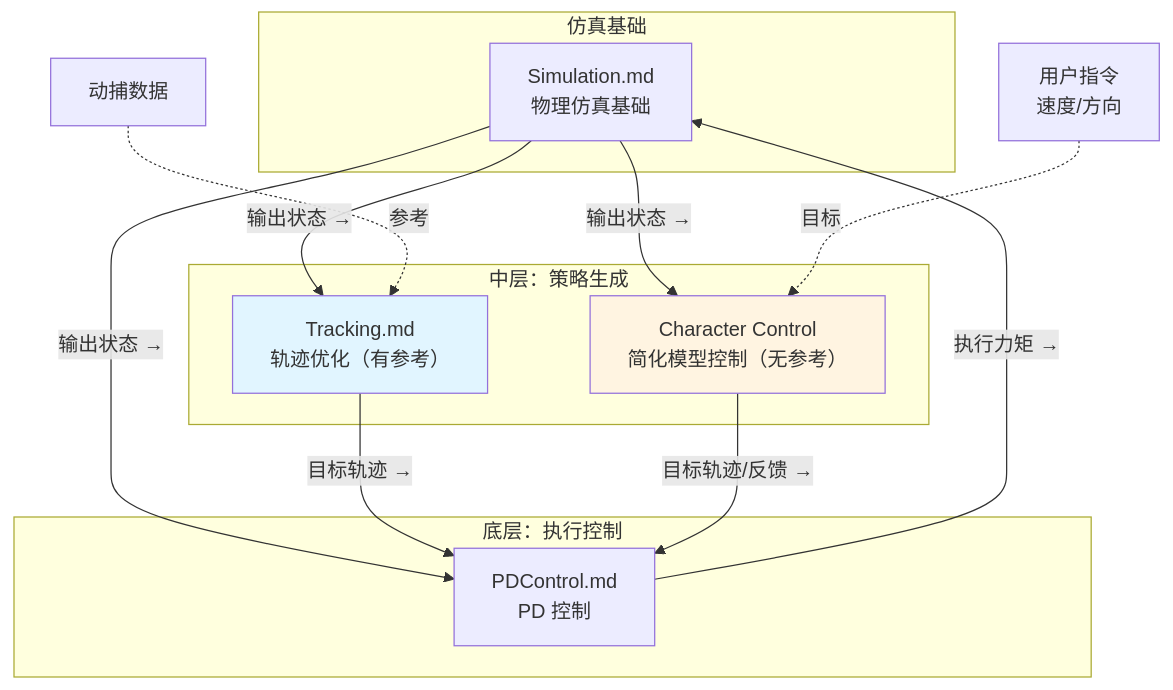
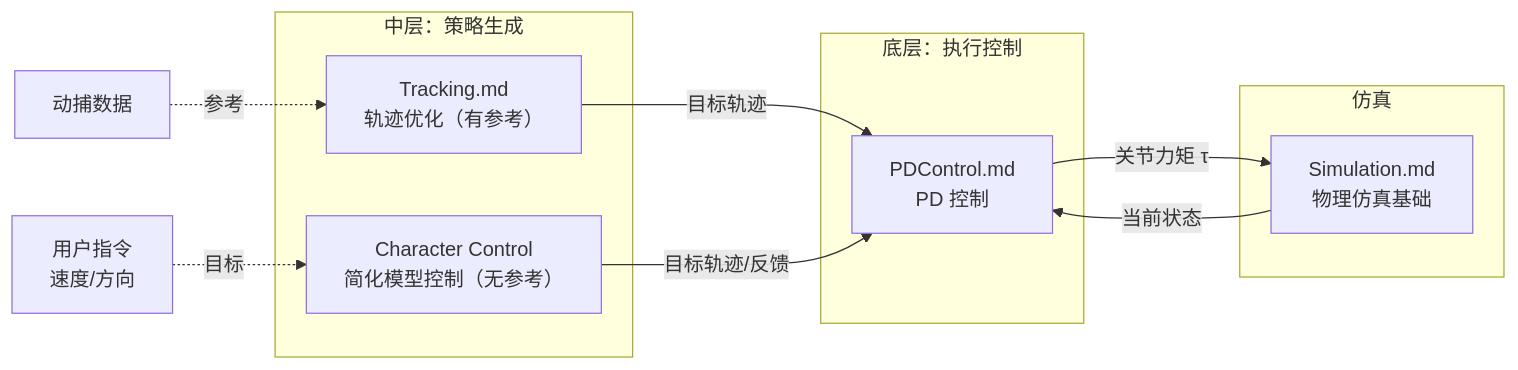
Before and after one commit to CaterpillarStudyGroup/GAMES105_mdbook: the diagram in src/CharacterControl/CharacterControl.md, drawn with Mermaid.

Commit message:
CharacterControl.md: 优化 Mermaid 图布局
- 改为 LR 布局（从左到右）
- 顺序：中层策略 → 底层执行 → 仿真
- 数据流更清晰：轨迹优化/角色控制 → PD 控制 → 物理仿真

````diff
--- a/src/CharacterControl/CharacterControl.md
+++ b/src/CharacterControl/CharacterControl.md
@@ -9,29 +9,23 @@
 ```mermaid
-flowchart TD
-    subgraph "仿真基础"
-        A[Simulation.md<br/>物理仿真基础]
+flowchart LR
+    subgraph "中层：策略生成"
+        C["Tracking.md<br/>轨迹优化（有参考）"]
+        D["Character Control<br/>简化模型控制（无参考）"]
     end
 
     subgraph "底层：执行控制"
         B[PDControl.md<br/>PD 控制]
     end
 
-    subgraph "中层：策略生成"
-        C["Tracking.md<br/>轨迹优化（有参考）"]
-        D["Character Control<br/>简化模型控制（无参考）"]
+    subgraph "仿真"
+        A[Simulation.md<br/>物理仿真基础]
     end
-
-    A -->|"输出状态 →"| B
-    A -->|"输出状态 →"| C
-    A -->|"输出状态 →"| D
-
-    B -->|"执行力矩 →"| A
-    C -->|"目标轨迹 →"| B
-    D -->|"目标轨迹/反馈 →"| B
 
     E["动捕数据"] -.->|参考 | C
     F["用户指令<br/>速度/方向"] -.->|目标 | D
 
-    style C fill:#e1f5ff
-    style D fill:#fff4e1
+    C -->|"目标轨迹"| B
+    D -->|"目标轨迹/反馈"| B
+    B -->|"关节力矩 τ"| A
+    A -->|"当前状态"| B
 ```
````
